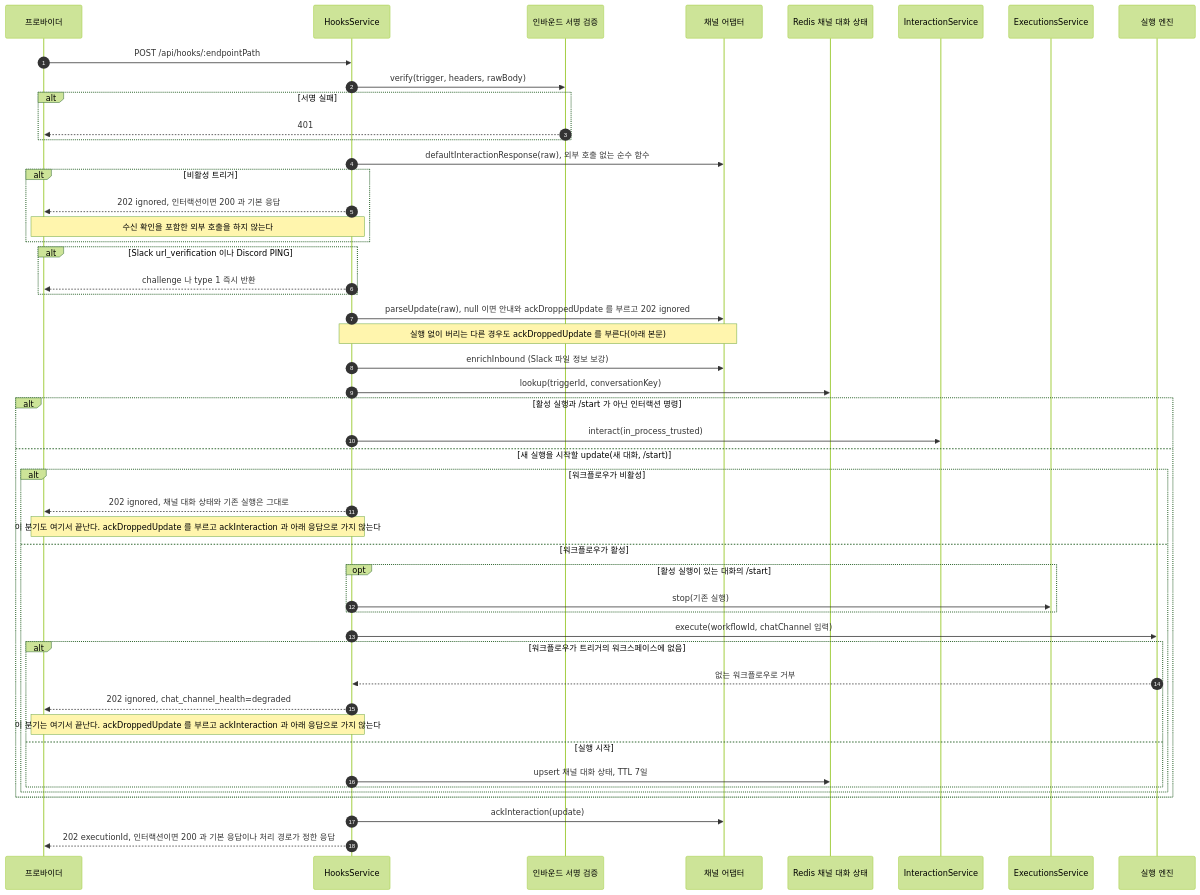
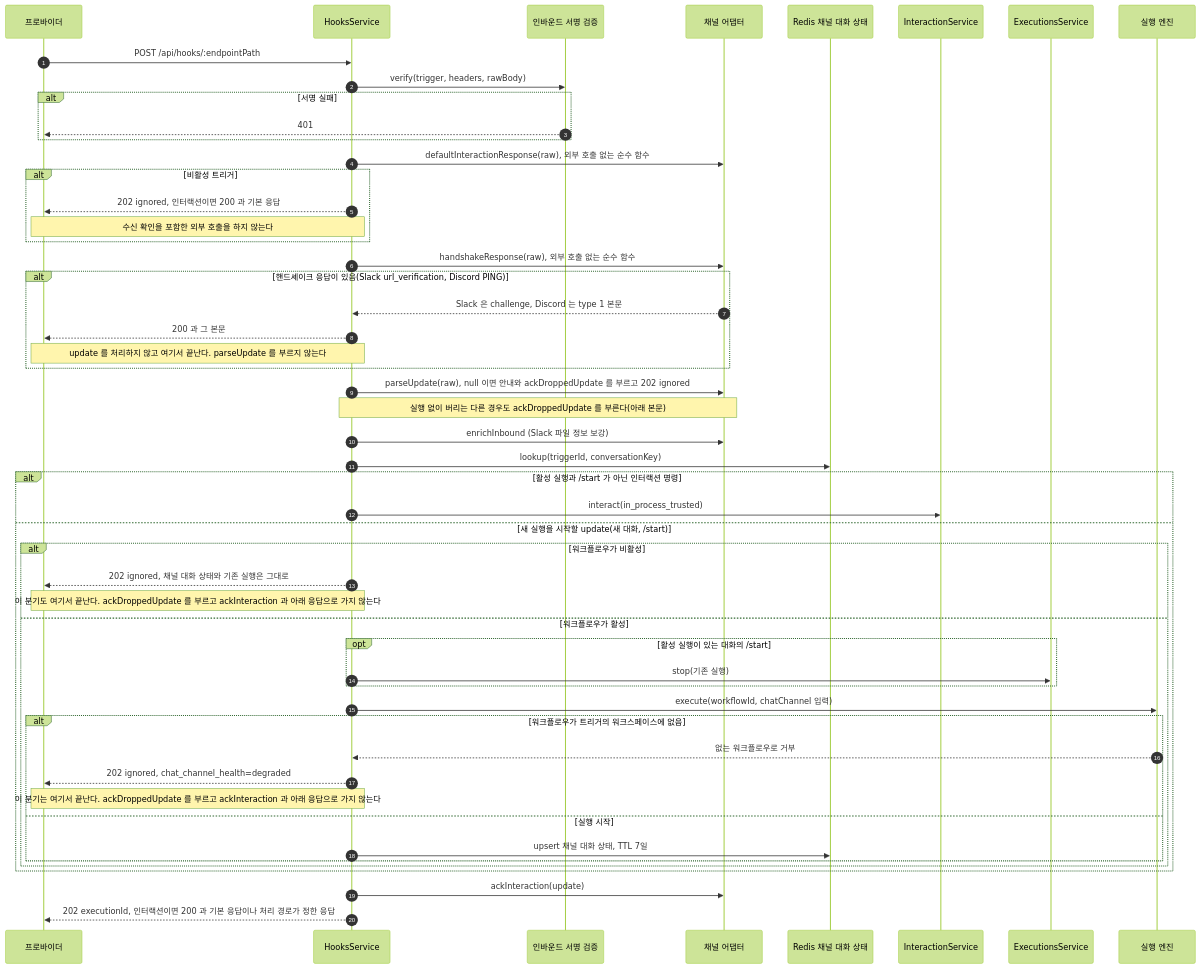
One commit to worker-ants/clemvion changed the first of 2 diagrams in spec/CLE-CHAT/CLE-CHAT-DATA-FLOW.md. Above: the diagram before and after it, drawn with Mermaid (forest theme). The commit also changed other lines of this file and 45 other files, not shown here.

````diff
--- a/spec/CLE-CHAT/CLE-CHAT-DATA-FLOW.md
+++ b/spec/CLE-CHAT/CLE-CHAT-DATA-FLOW.md
@@ -27,51 +27,54 @@
 ```mermaid
 sequenceDiagram
   autonumber
   participant Ext as 프로바이더
   participant Hk as HooksService
   participant Auth as 인바운드 서명 검증
   participant Ad as 채널 어댑터
   participant R as Redis 채널 대화 상태
   participant Int as InteractionService
   participant X as ExecutionsService
   participant Eng as 실행 엔진
   Ext->>Hk: POST /api/hooks/:endpointPath
   Hk->>Auth: verify(trigger, headers, rawBody)
   alt 서명 실패
     Auth-->>Ext: 401
   end
   Hk->>Ad: defaultInteractionResponse(raw), 외부 호출 없는 순수 함수
   alt 비활성 트리거
     Hk-->>Ext: 202 ignored, 인터랙션이면 200 과 기본 응답
     Note over Hk,Ext: 수신 확인을 포함한 외부 호출을 하지 않는다
   end
-  alt Slack url_verification 이나 Discord PING
-    Hk-->>Ext: challenge 나 type 1 즉시 반환
+  Hk->>Ad: handshakeResponse(raw), 외부 호출 없는 순수 함수
+  alt 핸드셰이크 응답이 있음(Slack url_verification, Discord PING)
+    Ad-->>Hk: Slack 은 challenge, Discord 는 type 1 본문
+    Hk-->>Ext: 200 과 그 본문
+    Note over Hk,Ext: update 를 처리하지 않고 여기서 끝난다. parseUpdate 를 부르지 않는다
   end
   Hk->>Ad: parseUpdate(raw), null 이면 안내와 ackDroppedUpdate 를 부르고 202 ignored
   Note over Hk,Ad: 실행 없이 버리는 다른 경우도 ackDroppedUpdate 를 부른다(아래 본문)
   Hk->>Ad: enrichInbound (Slack 파일 정보 보강)
   Hk->>R: lookup(triggerId, conversationKey)
   alt 활성 실행과 /start 가 아닌 인터랙션 명령
     Hk->>Int: interact(in_process_trusted)
   else 새 실행을 시작할 update(새 대화, /start)
     alt 워크플로우가 비활성
       Hk-->>Ext: 202 ignored, 채널 대화 상태와 기존 실행은 그대로
       Note over Hk,Ext: 이 분기도 여기서 끝난다. ackDroppedUpdate 를 부르고 ackInteraction 과 아래 응답으로 가지 않는다
     else 워크플로우가 활성
       opt 활성 실행이 있는 대화의 /start
         Hk->>X: stop(기존 실행)
       end
       Hk->>Eng: execute(workflowId, chatChannel 입력)
       alt 워크플로우가 트리거의 워크스페이스에 없음
         Eng-->>Hk: 없는 워크플로우로 거부
         Hk-->>Ext: 202 ignored, chat_channel_health=degraded
         Note over Hk,Ext: 이 분기는 여기서 끝난다. ackDroppedUpdate 를 부르고 ackInteraction 과 아래 응답으로 가지 않는다
       else 실행 시작
         Hk->>R: upsert 채널 대화 상태, TTL 7일
       end
     end
   end
   Hk->>Ad: ackInteraction(update)
   Hk-->>Ext: 202 executionId, 인터랙션이면 200 과 기본 응답이나 처리 경로가 정한 응답
 ```
````
